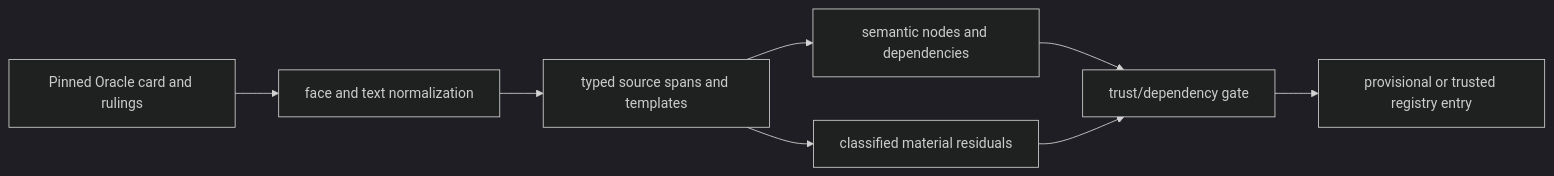
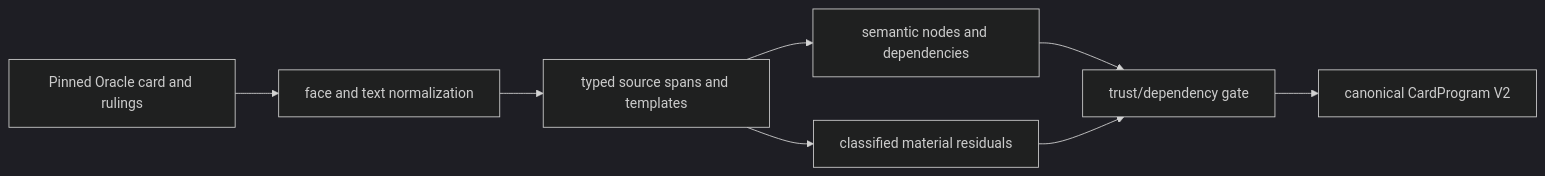
One commit to MoellerJDev/mtg-commander-sim changed the diagram in docs/architecture/compiler.md. Above: the diagram before and after it, drawn with Mermaid (dark theme). The commit also changed other lines of this file and 43 other files, not shown here.

Commit message:
feat: introduce canonical CardProgram V2

````diff
--- a/docs/architecture/compiler.md
+++ b/docs/architecture/compiler.md
@@ -19,10 +21,10 @@
 ```mermaid
 flowchart LR
     Card["Pinned Oracle card and rulings"] --> Normalize["face and text normalization"]
     Normalize --> Parse["typed source spans and templates"]
     Parse --> Lower["semantic nodes and dependencies"]
     Parse --> Residuals["classified material residuals"]
     Lower --> Gate["trust/dependency gate"]
     Residuals --> Gate
-    Gate --> Program["provisional or trusted registry entry"]
+    Gate --> Program["canonical CardProgram V2"]
 ```
````
